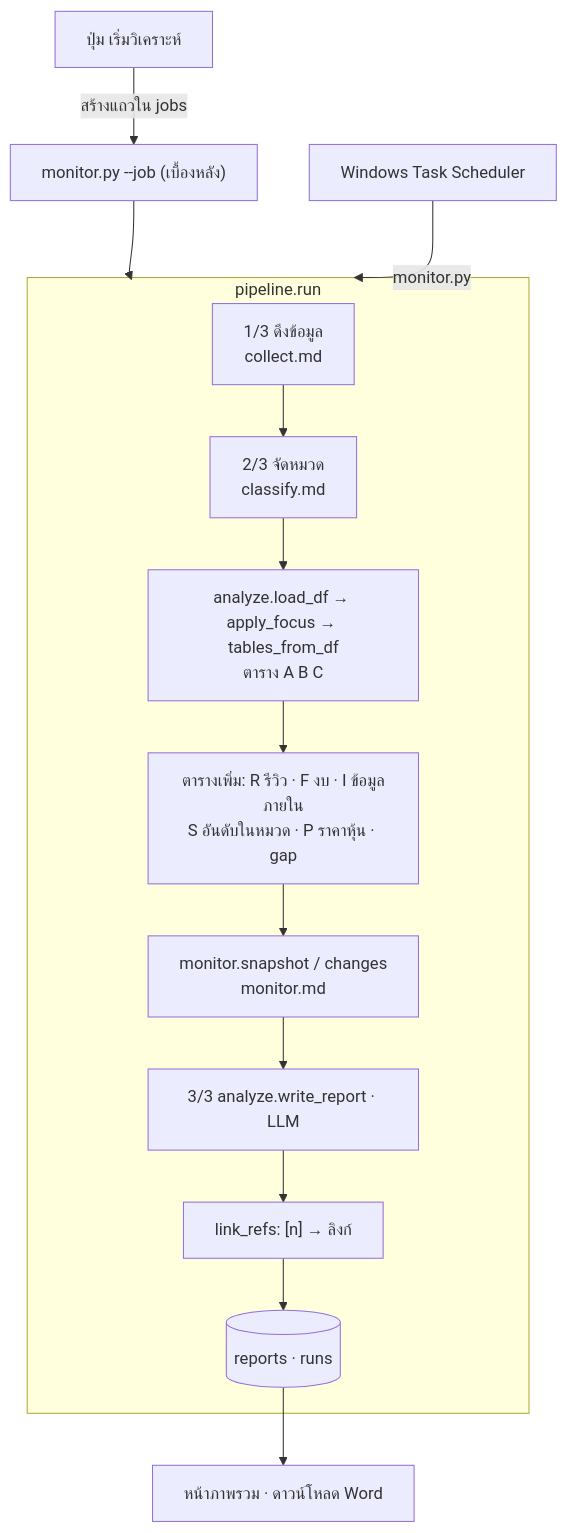
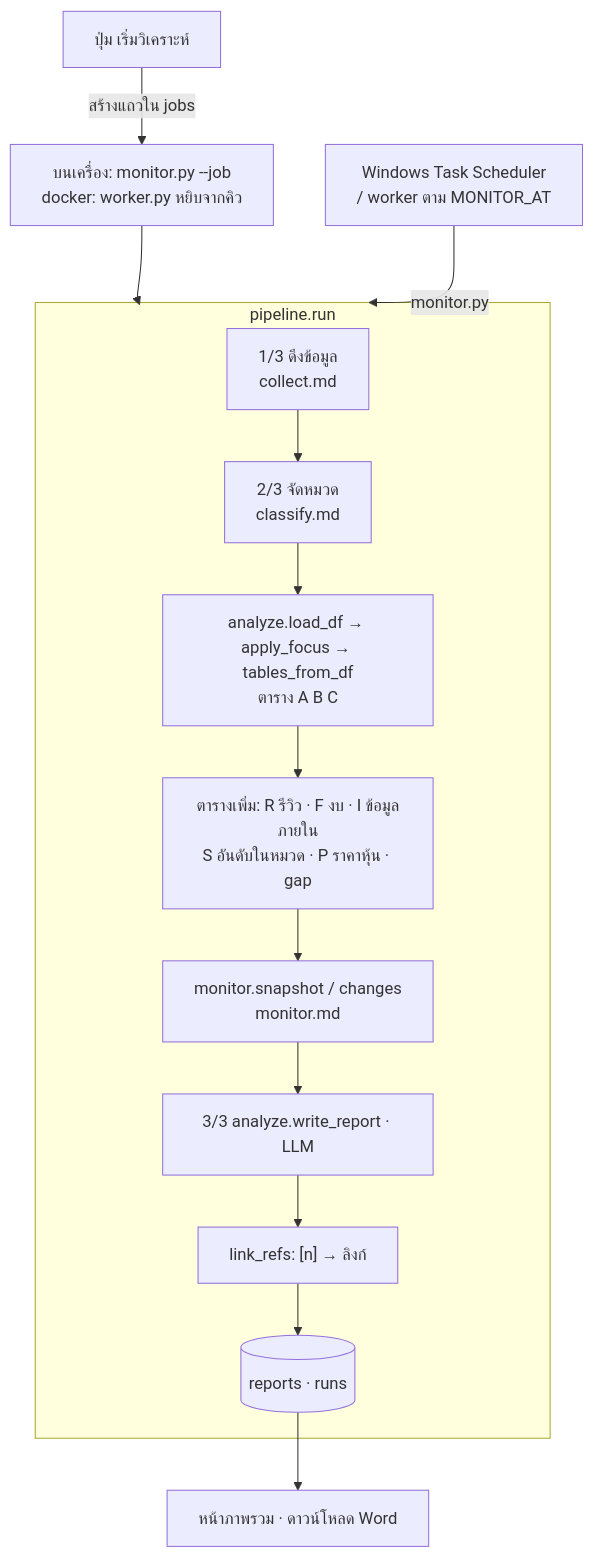
The diagram in docs/systems/analysis-report.md (pepegummo/competitor-mockup), drawn with Mermaid before and after one commit. The commit also changed other lines of this file and 28 other files, not shown here.

First line of the commit message:
Docs: PostgreSQL/docker deploy, system flow diagrams, refreshed archify diagrams

````diff
--- a/docs/systems/analysis-report.md
+++ b/docs/systems/analysis-report.md
@@ -11,16 +11,16 @@
 ```mermaid
 flowchart TB
     subgraph RUN["pipeline.run"]
         S1["1/3 ดึงข้อมูล<br/>collect.md"] --> S2["2/3 จัดหมวด<br/>classify.md"]
         S2 --> T["analyze.load_df → apply_focus → tables_from_df<br/>ตาราง A B C"]
         T --> X["ตารางเพิ่ม: R รีวิว · F งบ · I ข้อมูลภายใน<br/>S อันดับในหมวด · P ราคาหุ้น · gap"]
         X --> M["monitor.snapshot / changes<br/>monitor.md"]
         M --> S3["3/3 analyze.write_report · LLM"]
         S3 --> L["link_refs: [n] → ลิงก์"]
         L --> DB[("reports · runs")]
     end
-    UI["ปุ่ม เริ่มวิเคราะห์"] -->|"สร้างแถวใน jobs"| BG["monitor.py --job (เบื้องหลัง)"]
+    UI["ปุ่ม เริ่มวิเคราะห์"] -->|"สร้างแถวใน jobs"| BG["บนเครื่อง: monitor.py --job<br/>docker: worker.py หยิบจากคิว"]
     BG --> RUN
-    SCHED["Windows Task Scheduler"] -->|"monitor.py"| RUN
+    SCHED["Windows Task Scheduler<br/>/ worker ตาม MONITOR_AT"] -->|"monitor.py"| RUN
     DB --> VIEW["หน้าภาพรวม · ดาวน์โหลด Word"]
 ```
````
